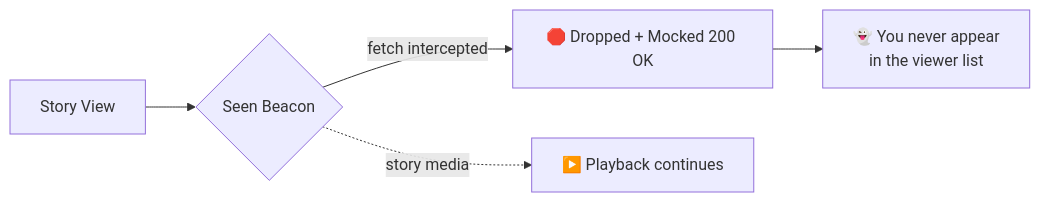
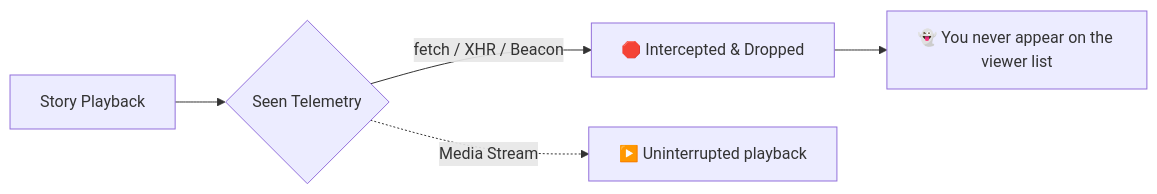
One commit to Stxyu-p/ig-maxpland changed the second of 2 diagrams in README.md. Above: the diagram before and after it, drawn with Mermaid. The commit also changed other lines of this file and 3 other files, not shown here.

````diff
--- a/README.md
+++ b/README.md
@@ -119,7 +120,7 @@
 ```mermaid
 graph LR
-    A[Story View] --> B{Seen Beacon}
-    B -->|fetch intercepted| C[🛑 Dropped + Mocked 200 OK]
-    C --> D[👻 You never appear<br>in the viewer list]
-    B -.->|story media| E[▶️ Playback continues]
+    A[Story Playback] --> B{Seen Telemetry}
+    B -->|fetch / XHR / Beacon| C[🛑 Intercepted & Dropped]
+    C --> D[👻 You never appear on the viewer list]
+    B -.->|Media Stream| E[▶️ Uninterrupted playback]
 ```
````
